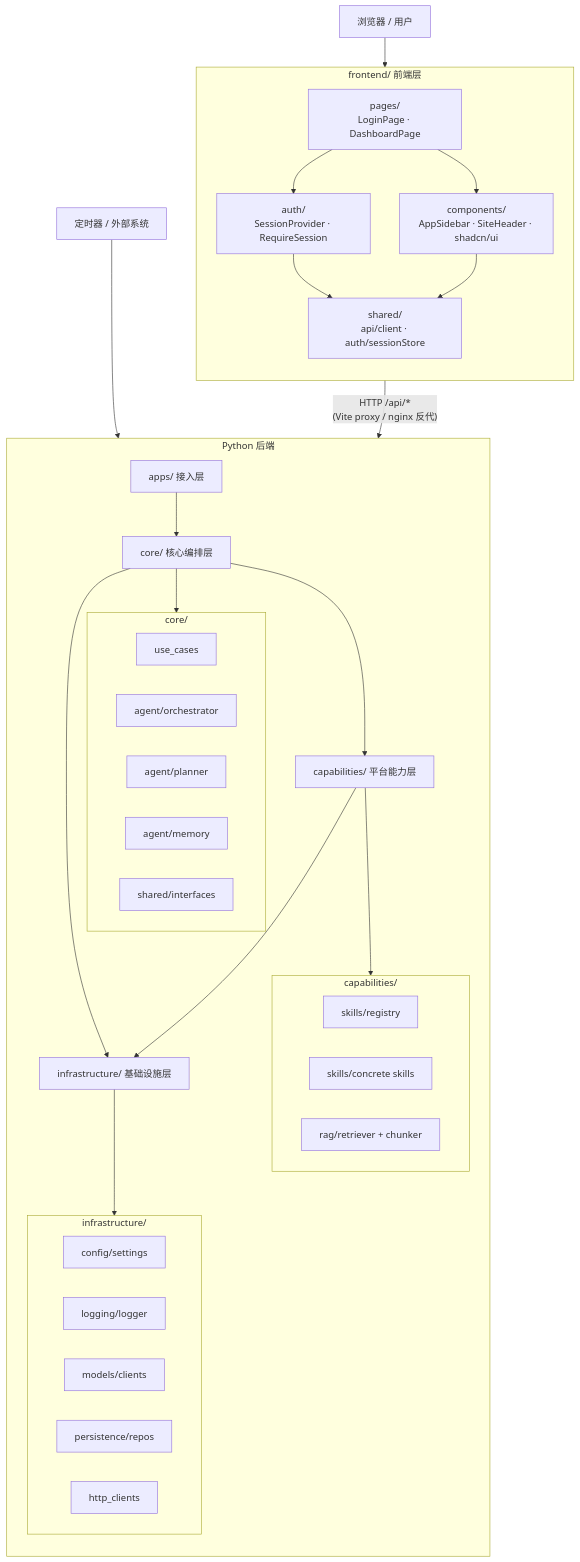
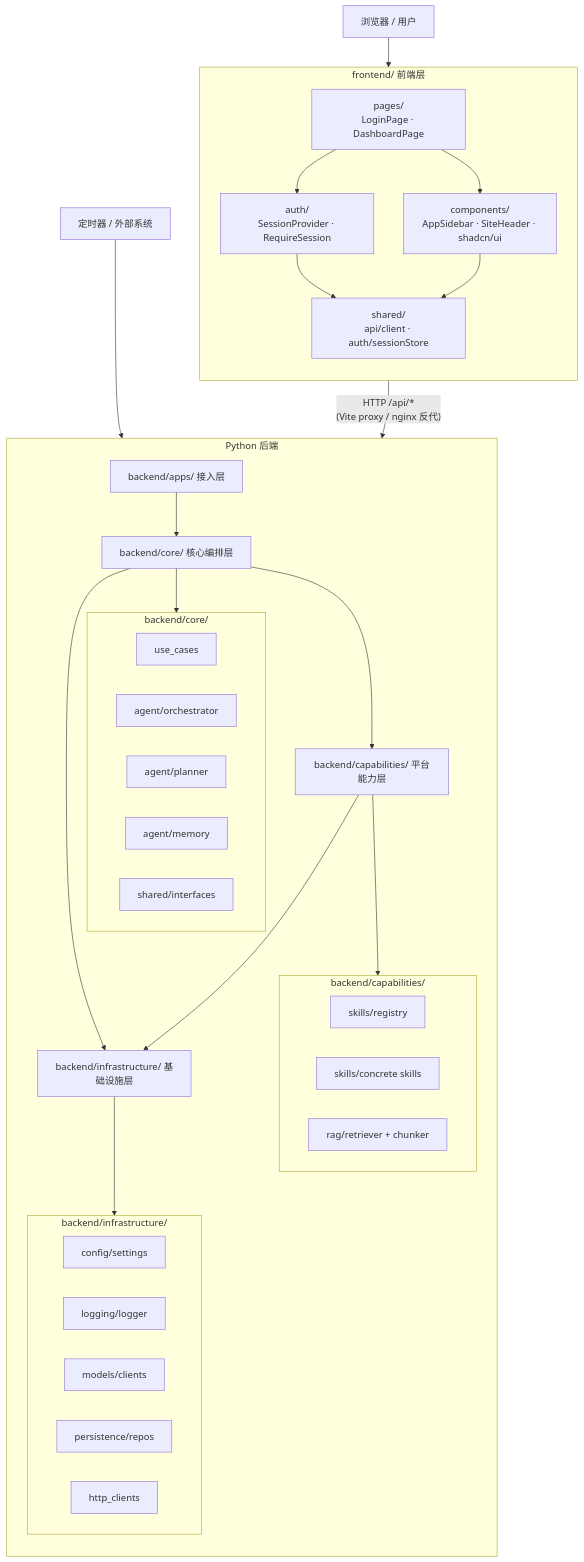
Before and after one commit to zata-zhangtao/zata-codes-template: the diagram in docs/architecture/system-design.md, drawn with Mermaid. The commit also changed other lines of this file and 61 other files, not shown here.

````diff
--- a/docs/architecture/system-design.md
+++ b/docs/architecture/system-design.md
@@ -51,59 +52,59 @@
 ```mermaid
 flowchart TD
     Browser["浏览器 / 用户"] --> FE
 
     subgraph FE["frontend/ 前端层"]
         direction TB
         FE_PAGES["pages/\nLoginPage · DashboardPage"]
         FE_LAYOUT["components/\nAppSidebar · SiteHeader · shadcn/ui"]
         FE_AUTH["auth/\nSessionProvider · RequireSession"]
         FE_SHARED["shared/\napi/client · auth/sessionStore"]
         FE_PAGES --> FE_LAYOUT
         FE_PAGES --> FE_AUTH
         FE_AUTH --> FE_SHARED
         FE_LAYOUT --> FE_SHARED
     end
 
     FE_SHARED -->|"HTTP /api/*\n(Vite proxy / nginx 反代)"| Apps
 
     subgraph Backend["Python 后端"]
         direction TB
-        Apps["apps/ 接入层"]
-        Core["core/ 核心编排层"]
-        Platform["capabilities/ 平台能力层"]
-        Infra["infrastructure/ 基础设施层"]
+        Apps["backend/apps/ 接入层"]
+        Core["backend/core/ 核心编排层"]
+        Platform["backend/capabilities/ 平台能力层"]
+        Infra["backend/infrastructure/ 基础设施层"]
 
         Apps --> Core
         Core --> Platform
         Core --> Infra
         Platform --> Infra
 
-        subgraph CoreDetails["core/"]
+        subgraph CoreDetails["backend/core/"]
             UC["use_cases"]
             ORCH["agent/orchestrator"]
             PLAN["agent/planner"]
             MEM["agent/memory"]
             IFACE["shared/interfaces"]
         end
 
-        subgraph PlatformDetails["capabilities/"]
+        subgraph PlatformDetails["backend/capabilities/"]
             REG["skills/registry"]
             SKILL["skills/concrete skills"]
             RAG["rag/retriever + chunker"]
         end
 
-        subgraph InfraDetails["infrastructure/"]
+        subgraph InfraDetails["backend/infrastructure/"]
             CFG["config/settings"]
             LOG["logging/logger"]
             LLM["models/clients"]
             DB["persistence/repos"]
             HTTP["http_clients"]
         end
 
         Core --> CoreDetails
         Platform --> PlatformDetails
         Infra --> InfraDetails
     end
 
     Timer["定时器 / 外部系统"] --> Apps
 ```
````
